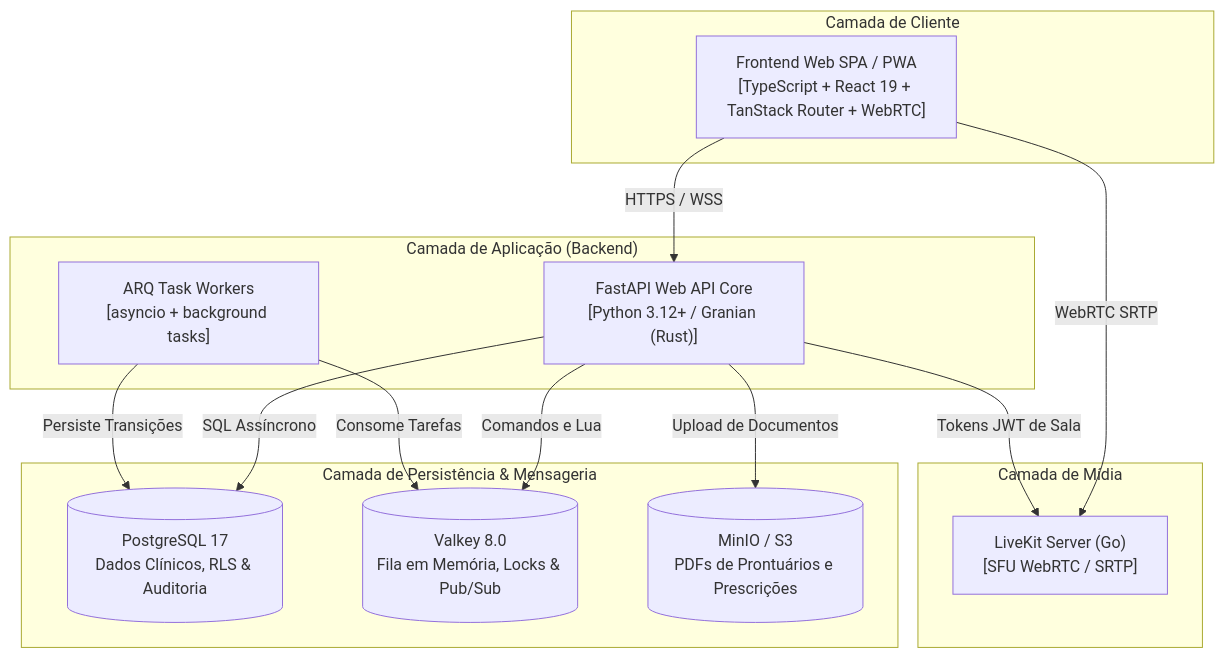
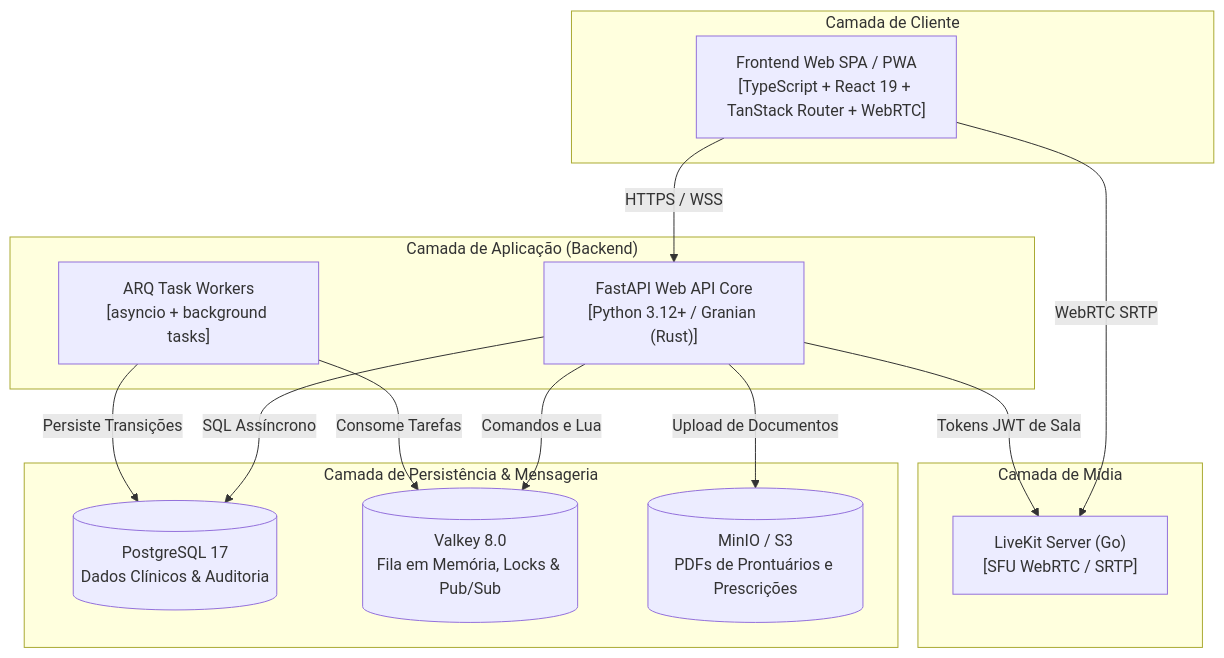
Before and after one commit to Rafaelp122/medisync: the third of 3 diagrams in docs/explanation/architecture/overview.md, drawn with Mermaid. The commit also changed other lines of this file and 400 other files, not shown here.

````diff
--- a/docs/explanation/architecture/overview.md
+++ b/docs/explanation/architecture/overview.md
@@ -87,30 +87,30 @@
 ```mermaid
 flowchart TD
     subgraph ClientLayer["Camada de Cliente"]
         WebPWA["Frontend Web SPA / PWA<br/>[TypeScript + React 19 + TanStack Router + WebRTC]"]
     end
 
     subgraph AppLayer["Camada de Aplicação (Backend)"]
         API["FastAPI Web API Core<br/>[Python 3.12+ / Granian (Rust)]"]
         Worker["ARQ Task Workers<br/>[asyncio + background tasks]"]
     end
 
     subgraph DataLayer["Camada de Persistência & Mensageria"]
-        DB[(PostgreSQL 17<br/>Dados Clínicos, RLS & Auditoria)]
+        DB[(PostgreSQL 17<br/>Dados Clínicos & Auditoria)]
         Cache[(Valkey 8.0<br/>Fila em Memória, Locks & Pub/Sub)]
         Storage[(MinIO / S3<br/>PDFs de Prontuários e Prescrições)]
     end
 
     subgraph MediaLayer["Camada de Mídia"]
         SFU["LiveKit Server (Go)<br/>[SFU WebRTC / SRTP]"]
     end
 
     WebPWA -->|HTTPS / WSS| API
     WebPWA -->|WebRTC SRTP| SFU
     API -->|SQL Assíncrono| DB
     API -->|Comandos e Lua| Cache
     API -->|Tokens JWT de Sala| SFU
     API -->|Upload de Documentos| Storage
     Worker -->|Consome Tarefas| Cache
     Worker -->|Persiste Transições| DB
 ```
````
